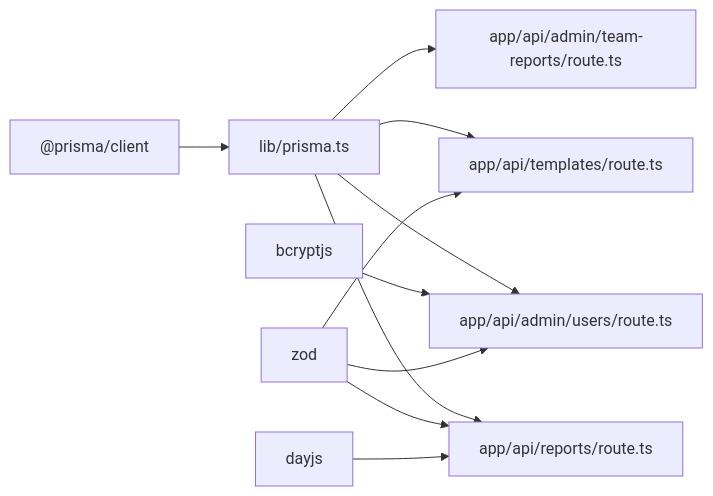
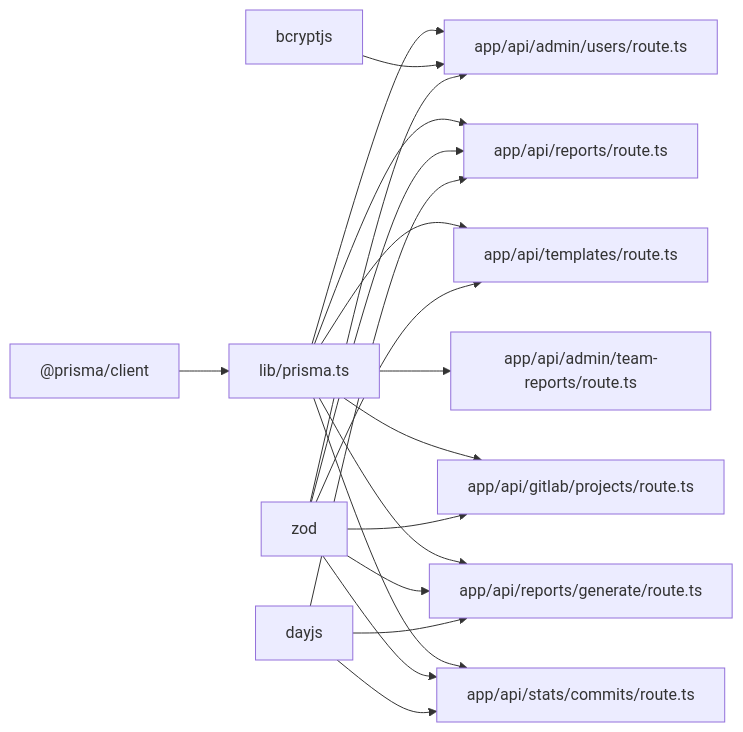
The tenth of 10 diagrams in .qoder/repowiki/en/content/Database Design/Database Design.md (jrj444/git-daily), drawn with Mermaid before and after one commit. The commit also changed other lines of this file and 26 other files, not shown here.

````diff
--- a/.qoder/repowiki/en/content/Database Design/Database Design.md
+++ b/.qoder/repowiki/en/content/Database Design/Database Design.md
@@ -384,13 +448,21 @@
 ```mermaid
 graph LR
 PrismaClient["@prisma/client"] --> LibPrisma["lib/prisma.ts"]
 LibPrisma --> APIUsers["app/api/admin/users/route.ts"]
 LibPrisma --> APIReports["app/api/reports/route.ts"]
 LibPrisma --> APITemplates["app/api/templates/route.ts"]
 LibPrisma --> APITeamReports["app/api/admin/team-reports/route.ts"]
+LibPrisma --> APIGitLabProjects["app/api/gitlab/projects/route.ts"]
+LibPrisma --> APIReportGenerate["app/api/reports/generate/route.ts"]
+LibPrisma --> APIStatsCommits["app/api/stats/commits/route.ts"]
 bcryptjs["bcryptjs"] --> APIUsers
 zod["zod"] --> APIUsers
 zod --> APIReports
 zod --> APITemplates
+zod --> APIGitLabProjects
+zod --> APIReportGenerate
+zod --> APIStatsCommits
 dayjs["dayjs"] --> APIReports
+dayjs --> APIReportGenerate
+dayjs --> APIStatsCommits
 ```
````
